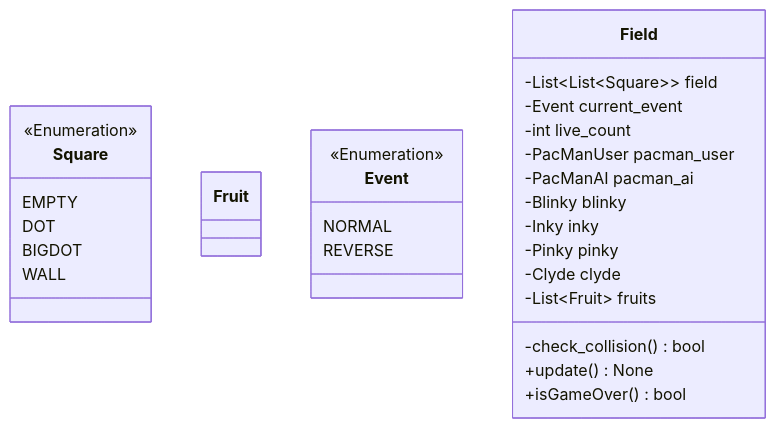
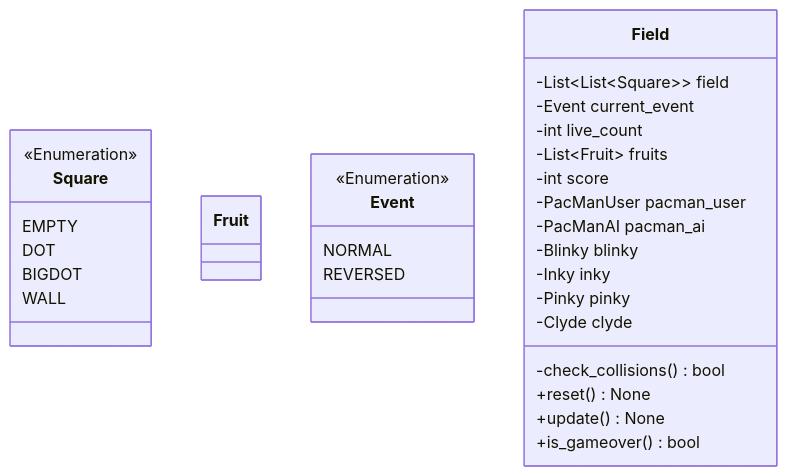
Before and after one commit to GrandTiger1729/pac-man: the fifth of 5 diagrams in core/structure.md, drawn with Mermaid. The commit also changed other lines of this file and 4 other files, not shown here.

````diff
--- a/core/structure.md
+++ b/core/structure.md
@@ -106,42 +113,44 @@
 ```mermaid
 classDiagram
     
     
     class Square {
         EMPTY
         DOT
         BIGDOT
         WALL
     }
     class Fruit {
 
     }
     <<Enumeration>> Square
     
     class Event {
         NORMAL
-        REVERSE
+        REVERSED
     }
     <<Enumeration>> Event
 
     class Field {
 
         -List~List~Square~~ field
         -Event current_event
         -int live_count
+        -List~Fruit~ fruits
+        -int score
         
         -PacManUser pacman_user
         -PacManAI pacman_ai
         -Blinky blinky
         -Inky inky
         -Pinky pinky
         -Clyde clyde
 
-        -List~Fruit~ fruits
-        
-        -check_collision() bool
+
+        -check_collisions() bool
+        +reset() None
         +update() None
-        +isGameOver() bool
+        +is_gameover() bool
     }
 
 ```
````
